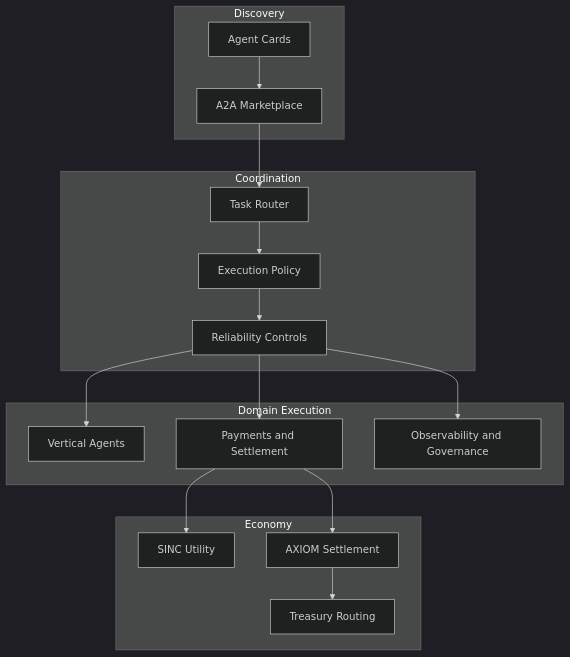
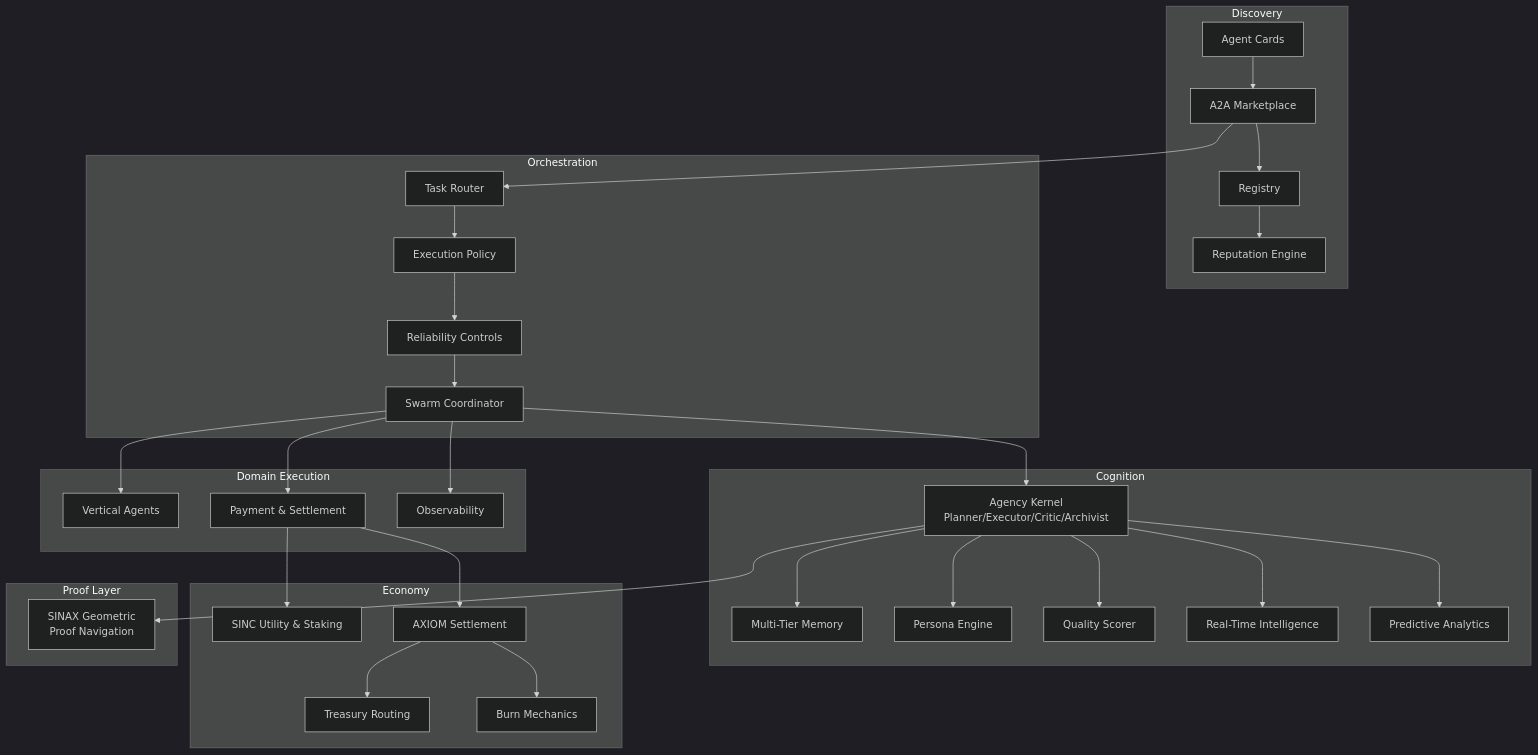
One commit to OrderofChaos33/SINCOR2 changed the diagram in README.md. Above: the diagram before and after it, drawn with Mermaid (dark theme). The commit also changed other lines of this file, not shown here.

````diff
--- a/README.md
+++ b/README.md
@@ -59,24 +114,41 @@
 ```mermaid
 flowchart TD
     subgraph Discovery
-        A[Agent Cards] --> B[A2A Marketplace]
+        AC[Agent Cards] --> MKT[A2A Marketplace]
+        MKT --> REG[Registry]
+        REG --> REP[Reputation Engine]
     end
 
-    subgraph Coordination
-        B --> C[Task Router]
-        C --> D[Execution Policy]
-        D --> E[Reliability Controls]
+    subgraph Orchestration
+        MKT --> RT[Task Router]
+        RT --> POL[Execution Policy]
+        POL --> RLY[Reliability Controls]
+        RLY --> SW[Swarm Coordinator]
+    end
+
+    subgraph Cognition
+        SW --> AK[Agency Kernel\nPlanner/Executor/Critic/Archivist]
+        AK --> MEM[Multi-Tier Memory]
+        AK --> PER[Persona Engine]
+        AK --> QS[Quality Scorer]
+        AK --> RTI[Real-Time Intelligence]
+        AK --> PAE[Predictive Analytics]
     end
 
     subgraph Domain Execution
-        E --> F[Vertical Agents]
-        E --> G[Payments and Settlement]
-        E --> H[Observability and Governance]
+        SW --> VRT[Vertical Agents]
+        SW --> PAY[Payment & Settlement]
+        SW --> OBS[Observability]
     end
 
     subgraph Economy
-        G --> I[SINC Utility]
-        G --> J[AXIOM Settlement]
-        J --> K[Treasury Routing]
+        PAY --> SINC[SINC Utility & Staking]
+        PAY --> AXM[AXIOM Settlement]
+        AXM --> TREAS[Treasury Routing]
+        AXM --> BURN[Burn Mechanics]
+    end
+
+    subgraph Proof Layer
+        AK --> SINAX[SINAX Geometric\nProof Navigation]
     end
 ```
````
